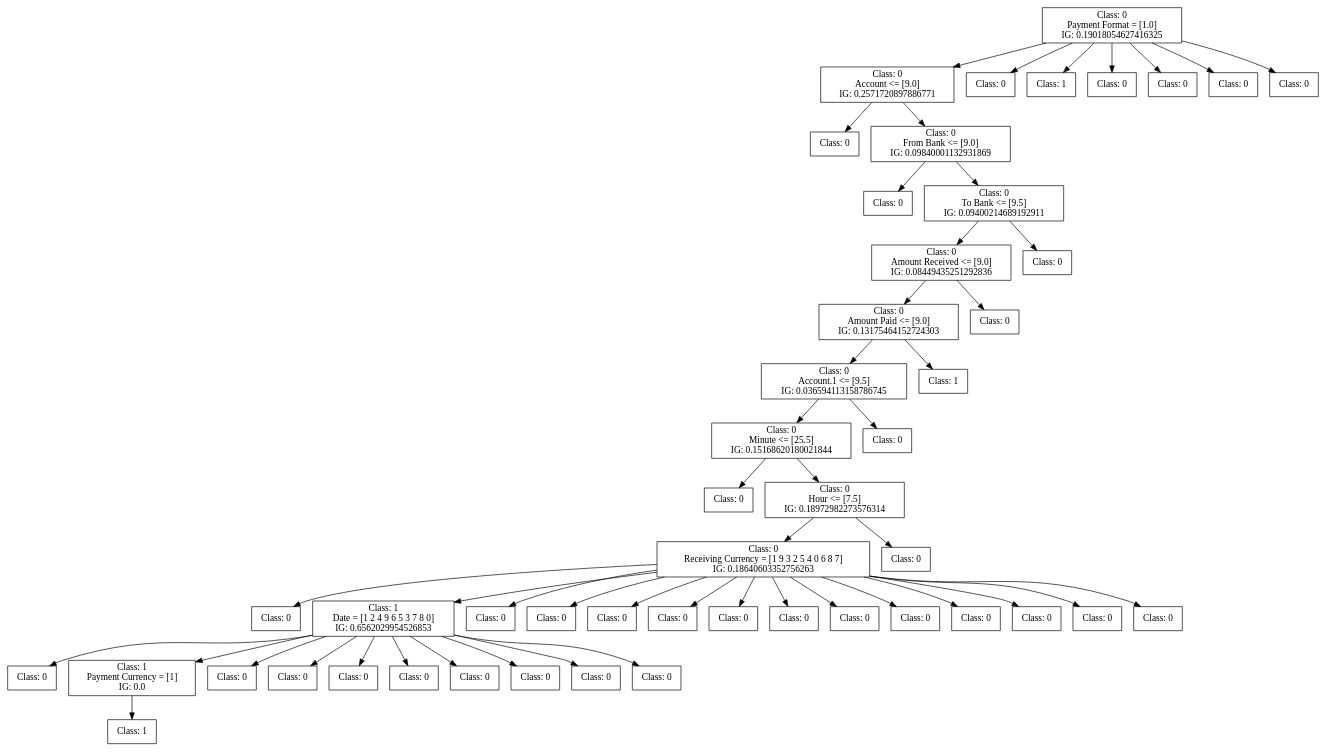
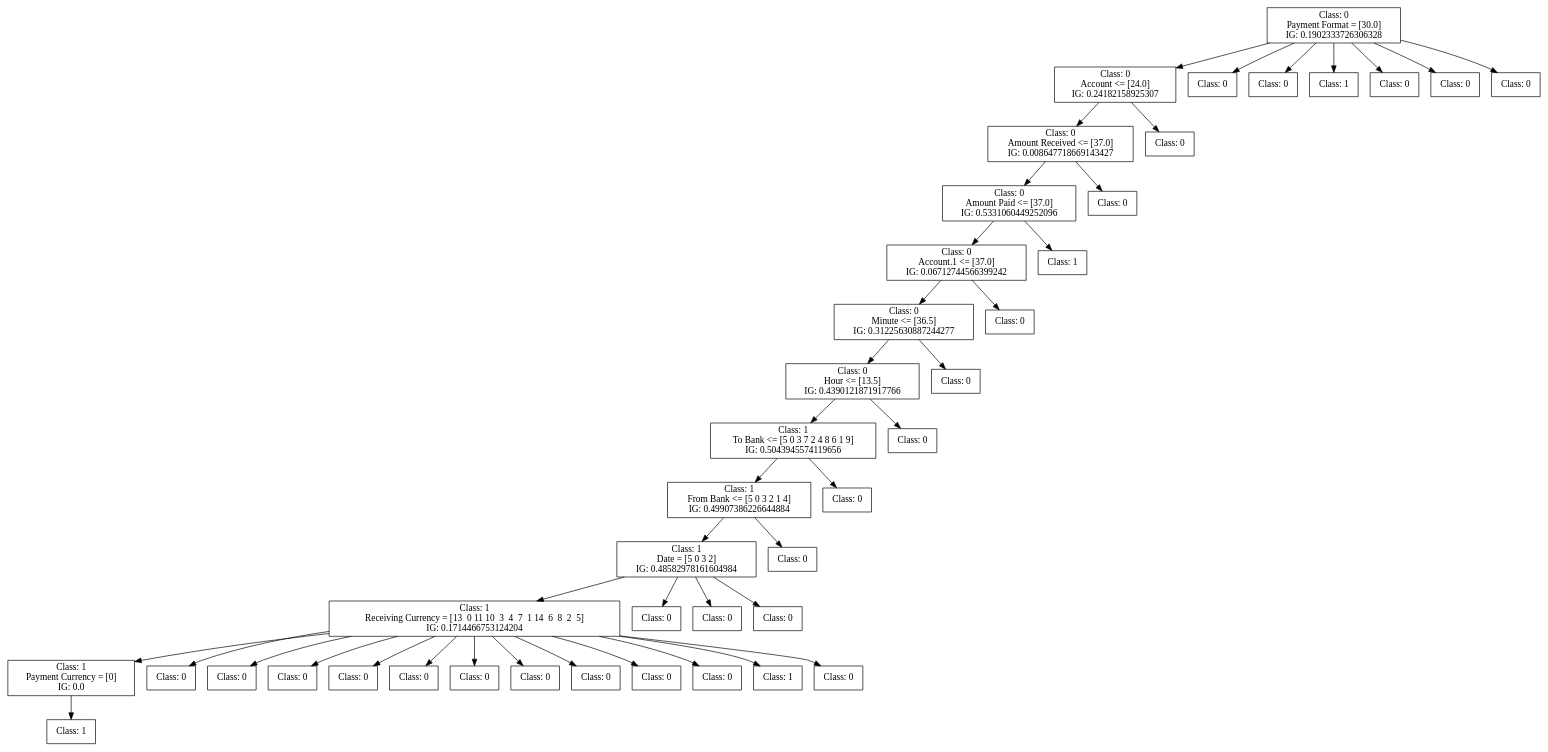
The diagram in dot_figs/tree-c45-oversampling.dot (FedericoBruzzone/anti-money-laundering), drawn with Graphviz before and after one commit. The commit also changed 22 other files, not shown here.

```diff
--- a/dot_figs/tree-c45-oversampling.dot
+++ b/dot_figs/tree-c45-oversampling.dot
@@ -1,162 +1,141 @@
 digraph DecisionTree {
 	rankdir=TD;
 	node [shape=box];
-	2509728684288 [label="Class: 0
-Payment Format = [1.0]
-IG: 0.19018054627416325"];
-	2509728693360 [label="Class: 0
-Account <= [9.0]
-IG: 0.2571720897886771"];
-	2509728684288 -> 2509728693360;
-	2509728693648 [label="Class: 0
+	1529268423984 [label="Class: 0
+Payment Format = [30.0]
+IG: 0.1902333726306328"];
+	1529268436368 [label="Class: 0
+Account <= [24.0]
+IG: 0.24182158925307"];
+	1529268423984 -> 1529268436368;
+	1530279414176 [label="Class: 0
+Amount Received <= [37.0]
+IG: 0.008647718669143427"];
+	1529268436368 -> 1530279414176;
+	1530279414320 [label="Class: 0
+Amount Paid <= [37.0]
+IG: 0.5331060449252096"];
+	1530279414176 -> 1530279414320;
+	1530279412016 [label="Class: 0
+Account.1 <= [37.0]
+IG: 0.06712744566399242"];
+	1530279414320 -> 1530279412016;
+	1530279414080 [label="Class: 0
+Minute <= [36.5]
+IG: 0.31225630887244277"];
+	1530279412016 -> 1530279414080;
+	1530279414656 [label="Class: 0
+Hour <= [13.5]
+IG: 0.4390121871917766"];
+	1530279414080 -> 1530279414656;
+	1530279414944 [label="Class: 1
+To Bank <= [5 0 3 7 2 4 8 6 1 9]
+IG: 0.5043945574119656"];
+	1530279414656 -> 1530279414944;
+	1530279413216 [label="Class: 1
+From Bank <= [5 0 3 2 1 4]
+IG: 0.49907386226644884"];
+	1530279414944 -> 1530279413216;
+	1530279413888 [label="Class: 1
+Date = [5 0 3 2]
+IG: 0.48582978161604984"];
+	1530279413216 -> 1530279413888;
+	1530279416432 [label="Class: 1
+Receiving Currency = [13  0 11 10  3  4  7  1 14  6  8  2  5]
+IG: 0.1714466753124204"];
+	1530279413888 -> 1530279416432;
+	1530279414416 [label="Class: 1
+Payment Currency = [0]
+IG: 0.0"];
+	1530279416432 -> 1530279414416;
+	1530279416960 [label="Class: 1
 "];
-	2509728693360 -> 2509728693648;
-	2509728694128 [label="Class: 0
-From Bank <= [9.0]
-IG: 0.09840001132931869"];
-	2509728693360 -> 2509728694128;
-	2509728693888 [label="Class: 0
+	1530279414416 -> 1530279416960;
+	1530279416672 [label="Class: 0
 "];
-	2509728694128 -> 2509728693888;
-	2509728692976 [label="Class: 0
-To Bank <= [9.5]
-IG: 0.09400214689192911"];
-	2509728694128 -> 2509728692976;
-	2509728693984 [label="Class: 0
-Amount Received <= [9.0]
-IG: 0.08449435251292836"];
-	2509728692976 -> 2509728693984;
-	2509728690048 [label="Class: 0
-Amount Paid <= [9.0]
-IG: 0.13175464152724303"];
-	2509728693984 -> 2509728690048;
-	2509728691488 [label="Class: 0
-Account.1 <= [9.5]
-IG: 0.036594113158786745"];
-	2509728690048 -> 2509728691488;
-	2509728690576 [label="Class: 0
-Minute <= [25.5]
-IG: 0.15168620180021844"];
-	2509728691488 -> 2509728690576;
-	2509728690192 [label="Class: 0
+	1530279416432 -> 1530279416672;
+	1530279413792 [label="Class: 0
 "];
-	2509728690576 -> 2509728690192;
-	2509728681984 [label="Class: 0
-Hour <= [7.5]
-IG: 0.18972982273576314"];
-	2509728690576 -> 2509728681984;
-	2509728692256 [label="Class: 0
-Receiving Currency = [1 9 3 2 5 4 0 6 8 7]
-IG: 0.18640603352756263"];
-	2509728681984 -> 2509728692256;
-	2509728694176 [label="Class: 0
+	1530279416432 -> 1530279413792;
+	1530279416336 [label="Class: 0
 "];
-	2509728692256 -> 2509728694176;
-	2509728693600 [label="Class: 1
-Date = [1 2 4 9 6 5 3 7 8 0]
-IG: 0.6562029954526853"];
-	2509728692256 -> 2509728693600;
-	2509728692592 [label="Class: 0
+	1530279416432 -> 1530279416336;
+	1530279415520 [label="Class: 0
 "];
-	2509728693600 -> 2509728692592;
-	2509728693504 [label="Class: 1
-Payment Currency = [1]
-IG: 0.0"];
-	2509728693600 -> 2509728693504;
-	2512083536288 [label="Class: 1
+	1530279416432 -> 1530279415520;
+	1530279411824 [label="Class: 0
 "];
-	2509728693504 -> 2512083536288;
-	2509728690288 [label="Class: 0
+	1530279416432 -> 1530279411824;
+	1530279412928 [label="Class: 0
 "];
-	2509728693600 -> 2509728690288;
-	2512083534944 [label="Class: 0
+	1530279416432 -> 1530279412928;
+	1530279416384 [label="Class: 0
 "];
-	2509728693600 -> 2512083534944;
-	2512083535184 [label="Class: 0
+	1530279416432 -> 1530279416384;
+	1530279414464 [label="Class: 0
 "];
-	2509728693600 -> 2512083535184;
-	2512083535328 [label="Class: 0
+	1530279416432 -> 1530279414464;
+	1530279413744 [label="Class: 0
 "];
-	2509728693600 -> 2512083535328;
-	2512083535568 [label="Class: 0
+	1530279416432 -> 1530279413744;
+	1530279415328 [label="Class: 0
 "];
-	2509728693600 -> 2512083535568;
-	2512083534512 [label="Class: 0
+	1530279416432 -> 1530279415328;
+	1530279413456 [label="Class: 1
 "];
-	2509728693600 -> 2512083534512;
-	2512083534224 [label="Class: 0
+	1530279416432 -> 1530279413456;
+	1530279413312 [label="Class: 0
 "];
-	2509728693600 -> 2512083534224;
-	2512083533888 [label="Class: 0
+	1530279416432 -> 1530279413312;
+	1530279415280 [label="Class: 0
 "];
-	2509728693600 -> 2512083533888;
-	2509728693216 [label="Class: 0
+	1530279413888 -> 1530279415280;
+	1530279412544 [label="Class: 0
 "];
-	2509728692256 -> 2509728693216;
-	2509728689904 [label="Class: 0
+	1530279413888 -> 1530279412544;
+	1530279413408 [label="Class: 0
 "];
-	2509728692256 -> 2509728689904;
-	2509728688704 [label="Class: 0
+	1530279413888 -> 1530279413408;
+	1530279416192 [label="Class: 0
 "];
-	2509728692256 -> 2509728688704;
-	2509728693792 [label="Class: 0
+	1530279413216 -> 1530279416192;
+	1530279416000 [label="Class: 0
 "];
-	2509728692256 -> 2509728693792;
-	2509728692544 [label="Class: 0
+	1530279414944 -> 1530279416000;
+	1530279415808 [label="Class: 0
 "];
-	2509728692256 -> 2509728692544;
-	2509728681120 [label="Class: 0
+	1530279414656 -> 1530279415808;
+	1530279415616 [label="Class: 0
 "];
-	2509728692256 -> 2509728681120;
-	2512083534032 [label="Class: 0
+	1530279414080 -> 1530279415616;
+	1530279415232 [label="Class: 0
 "];
-	2509728692256 -> 2512083534032;
-	2512083534848 [label="Class: 0
+	1530279412016 -> 1530279415232;
+	1530279415040 [label="Class: 1
 "];
-	2509728692256 -> 2512083534848;
-	2512083534272 [label="Class: 0
+	1530279414320 -> 1530279415040;
+	1530279414800 [label="Class: 0
 "];
-	2509728692256 -> 2512083534272;
-	2512083535232 [label="Class: 0
+	1530279414176 -> 1530279414800;
+	1530279414608 [label="Class: 0
 "];
-	2509728692256 -> 2512083535232;
-	2512083535040 [label="Class: 0
+	1529268436368 -> 1530279414608;
+	1529268436848 [label="Class: 0
 "];
-	2509728692256 -> 2512083535040;
-	2512083534080 [label="Class: 0
+	1529268423984 -> 1529268436848;
+	1529268436320 [label="Class: 0
 "];
-	2509728692256 -> 2512083534080;
-	2509728685824 [label="Class: 0
+	1529268423984 -> 1529268436320;
+	1529268436608 [label="Class: 1
 "];
-	2509728681984 -> 2509728685824;
-	2509728693744 [label="Class: 0
+	1529268423984 -> 1529268436608;
+	1529268436560 [label="Class: 0
 "];
-	2509728691488 -> 2509728693744;
-	2509728688512 [label="Class: 1
+	1529268423984 -> 1529268436560;
+	1529268436704 [label="Class: 0
 "];
-	2509728690048 -> 2509728688512;
-	2509728691680 [label="Class: 0
+	1529268423984 -> 1529268436704;
+	1529268436896 [label="Class: 0
 "];
-	2509728693984 -> 2509728691680;
-	2509728691152 [label="Class: 0
-"];
-	2509728692976 -> 2509728691152;
-	2509728693696 [label="Class: 0
-"];
-	2509728684288 -> 2509728693696;
-	2509728692400 [label="Class: 1
-"];
-	2509728684288 -> 2509728692400;
-	2509728693120 [label="Class: 0
-"];
-	2509728684288 -> 2509728693120;
-	2509728693168 [label="Class: 0
-"];
-	2509728684288 -> 2509728693168;
-	2509728692928 [label="Class: 0
-"];
-	2509728684288 -> 2509728692928;
-	2509728692448 [label="Class: 0
-"];
-	2509728684288 -> 2509728692448;
+	1529268423984 -> 1529268436896;
 }
```
